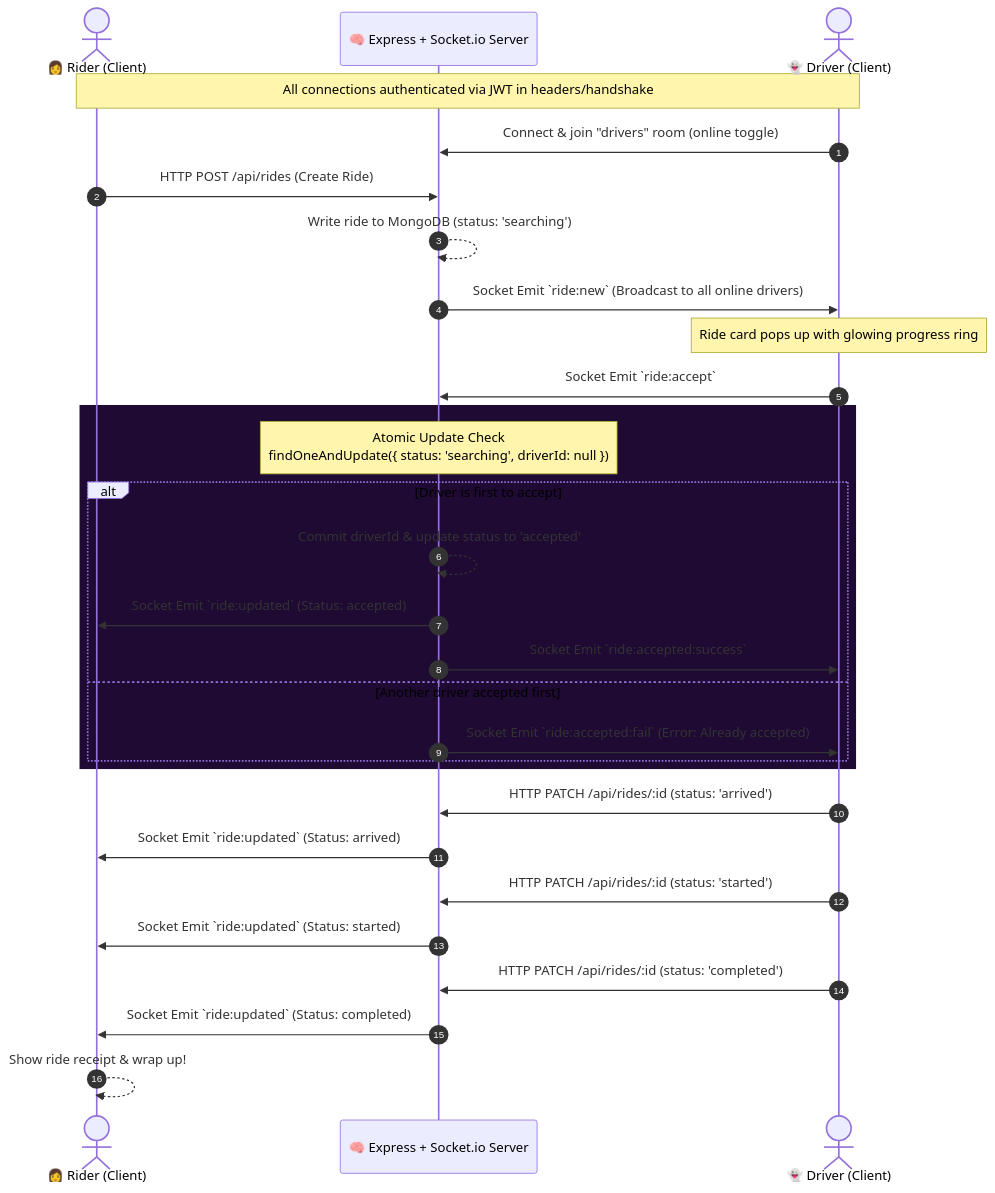
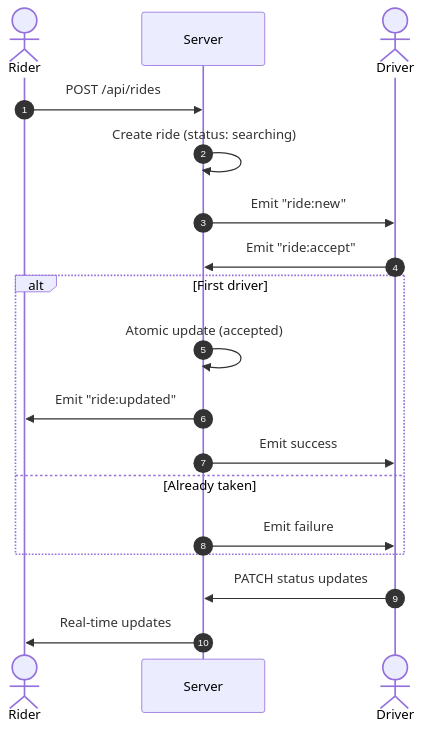
The diagram in README.md (mohamedwardi068/chbaye7), drawn with Mermaid before and after one commit. The commit also changed other lines of this file, not shown here.

````diff
--- a/README.md
+++ b/README.md
@@ -19,42 +28,25 @@
 ```mermaid
 sequenceDiagram
     autonumber
-    actor Rider as 👩‍ Rider (Client)
-    participant Server as 🧠 Express + Socket.io Server
-    actor Driver as 👻 Driver (Client)
+    actor Rider
+    participant Server
+    actor Driver
 
-    %% Authentication & Connection
-    Note over Rider, Driver: All connections authenticated via JWT in headers/handshake
-    Driver->>Server: Connect & join "drivers" room (online toggle)
-    
-    %% Ride Request Flow
-    Rider->>Server: HTTP POST /api/rides (Create Ride)
-    Server-->>Server: Write ride to MongoDB (status: 'searching')
-    Server->>Driver: Socket Emit `ride:new` (Broadcast to all online drivers)
-    
-    %% Dispatch & Race Condition Window
-    Note over Driver: Ride card pops up with glowing progress ring
-    Driver->>Server: Socket Emit `ride:accept`
-    
-    rect rgb(30, 10, 50)
-        Note over Server: Atomic Update Check<br/>findOneAndUpdate({ status: 'searching', driverId: null })
-        alt Driver is first to accept
-            Server-->>Server: Commit driverId & update status to 'accepted'
-            Server->>Rider: Socket Emit `ride:updated` (Status: accepted)
-            Server->>Driver: Socket Emit `ride:accepted:success`
-        else Another driver accepted first
-            Server->>Driver: Socket Emit `ride:accepted:fail` (Error: Already accepted)
-        end
+    Rider->>Server: POST /api/rides
+    Server->>Server: Create ride (status: searching)
+
+    Server->>Driver: Emit "ride:new"
+
+    Driver->>Server: Emit "ride:accept"
+
+    alt First driver
+        Server->>Server: Atomic update (accepted)
+        Server->>Rider: Emit "ride:updated"
+        Server->>Driver: Emit success
+    else Already taken
+        Server->>Driver: Emit failure
     end
 
-    %% Ride Execution
-    Driver->>Server: HTTP PATCH /api/rides/:id (status: 'arrived')
-    Server->>Rider: Socket Emit `ride:updated` (Status: arrived)
-    
-    Driver->>Server: HTTP PATCH /api/rides/:id (status: 'started')
-    Server->>Rider: Socket Emit `ride:updated` (Status: started)
-    
-    Driver->>Server: HTTP PATCH /api/rides/:id (status: 'completed')
-    Server->>Rider: Socket Emit `ride:updated` (Status: completed)
-    Rider-->>Rider: Show ride receipt & wrap up!
+    Driver->>Server: PATCH status updates
+    Server->>Rider: Real-time updates
 ```
````
